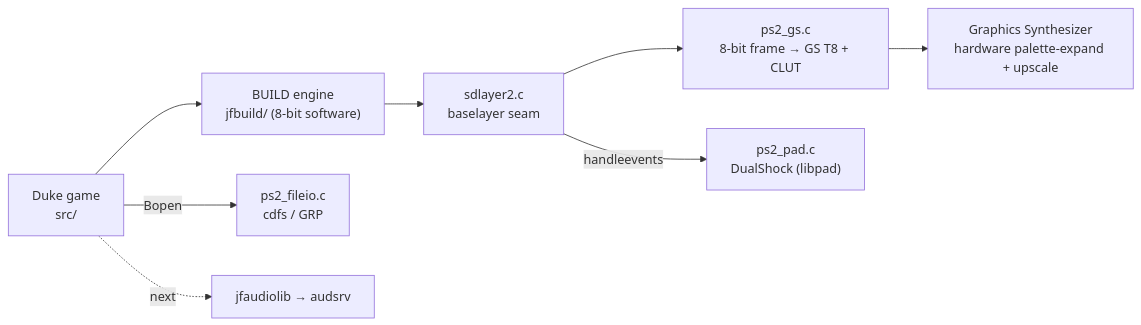
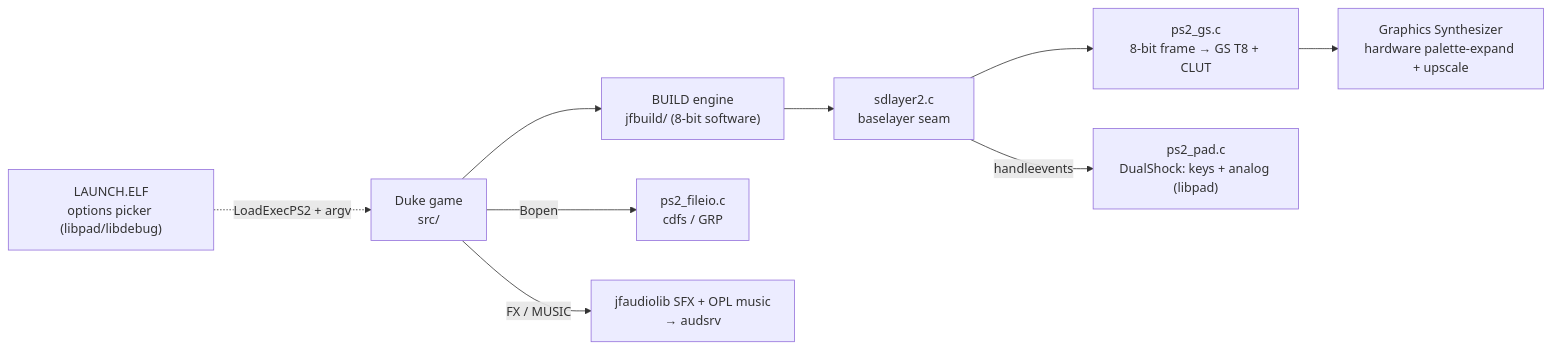
Before and after one commit to Arawn-Davies/ps2uke: the diagram in README.md, drawn with Mermaid. The commit also changed other lines of this file and 3 other files, not shown here.

First line of the commit message:
docs: update for OPL music, boot launcher/picker, analog sticks, video modes

````diff
--- a/README.md
+++ b/README.md
@@ -16,10 +19,11 @@
 ```mermaid
 graph LR
+    LAUNCH["LAUNCH.ELF<br/>options picker (libpad/libdebug)"] -.->|"LoadExecPS2 + argv"| GAME
     GAME["Duke game<br/>src/"] --> ENGINE["BUILD engine<br/>jfbuild/ (8-bit software)"]
     ENGINE --> SEAM["sdlayer2.c<br/>baselayer seam"]
     SEAM --> GSPRES["ps2_gs.c<br/>8-bit frame → GS T8 + CLUT"]
     GSPRES --> GS["Graphics Synthesizer<br/>hardware palette-expand + upscale"]
     GAME -->|"Bopen"| FS["ps2_fileio.c<br/>cdfs / GRP"]
-    SEAM -->|"handleevents"| PAD["ps2_pad.c<br/>DualShock (libpad)"]
-    GAME -.->|"next"| AUD["jfaudiolib → audsrv"]
+    SEAM -->|"handleevents"| PAD["ps2_pad.c<br/>DualShock: keys + analog (libpad)"]
+    GAME -->|"FX / MUSIC"| AUD["jfaudiolib SFX + OPL music<br/>→ audsrv"]
 ```
````
